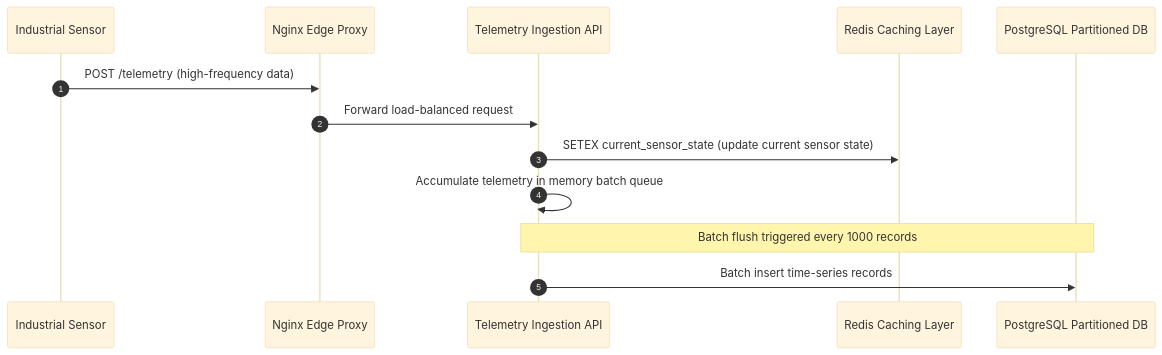
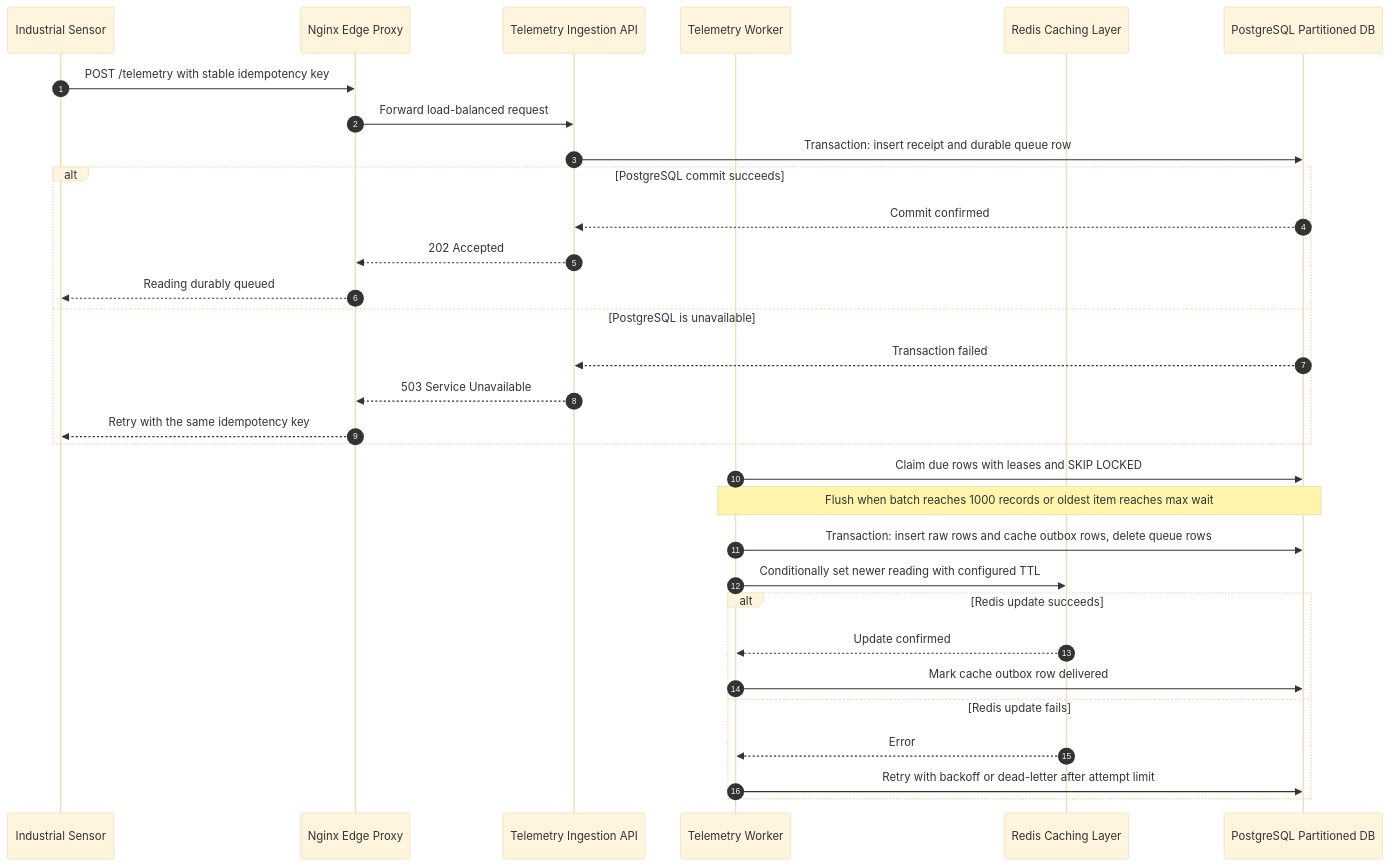
The diagram in system-design.md (AghedoEmmanuel/Industrial-IoT-Telemetry-Aggregator-System), drawn with Mermaid (base theme) before and after one commit. The commit also changed other lines of this file and 1 other file, not shown here.

Commit message:
feat: adjustments made for failures

````diff
--- a/system-design.md
+++ b/system-design.md
@@ -15,16 +15,34 @@
 ```mermaid
 sequenceDiagram
     autonumber
     participant Sensor as Industrial Sensor
     participant Nginx as Nginx Edge Proxy
     participant Ingest as Telemetry Ingestion API
+    participant Worker as Telemetry Worker
     participant Redis as Redis Caching Layer
     participant PG as PostgreSQL Partitioned DB
 
-    Sensor ->> Nginx: POST /telemetry (high-frequency data)
+    Sensor ->> Nginx: POST /telemetry with stable idempotency key
     Nginx ->> Ingest: Forward load-balanced request
-    Ingest ->> Redis: SETEX current_sensor_state (update current sensor state)
-    Ingest ->> Ingest: Accumulate telemetry in memory batch queue
-    Note over Ingest, PG: Batch flush triggered every 1000 records
-    Ingest ->> PG: Batch insert time-series records
+    Ingest ->> PG: Transaction: insert receipt and durable queue row
+    alt PostgreSQL commit succeeds
+        PG -->> Ingest: Commit confirmed
+        Ingest -->> Nginx: 202 Accepted
+        Nginx -->> Sensor: Reading durably queued
+    else PostgreSQL is unavailable
+        PG -->> Ingest: Transaction failed
+        Ingest -->> Nginx: 503 Service Unavailable
+        Nginx -->> Sensor: Retry with the same idempotency key
+    end
+    Worker ->> PG: Claim due rows with leases and SKIP LOCKED
+    Note over Worker, PG: Flush when batch reaches 1000 records or oldest item reaches max wait
+    Worker ->> PG: Transaction: insert raw rows and cache outbox rows, delete queue rows
+    Worker ->> Redis: Conditionally set newer reading with configured TTL
+    alt Redis update succeeds
+        Redis -->> Worker: Update confirmed
+        Worker ->> PG: Mark cache outbox row delivered
+    else Redis update fails
+        Redis -->> Worker: Error
+        Worker ->> PG: Retry with backoff or dead-letter after attempt limit
+    end
 ```
````
